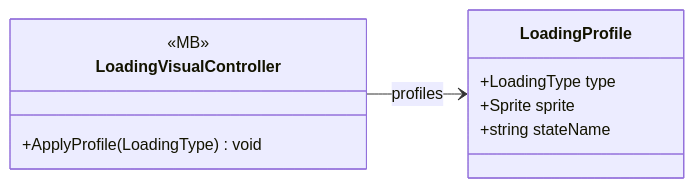
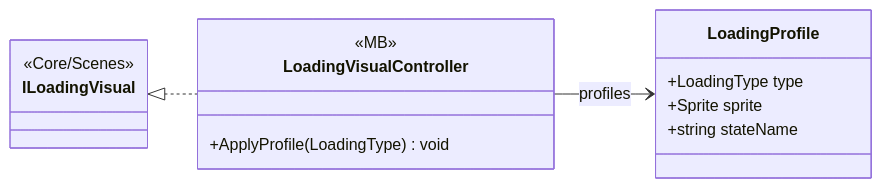
One commit to PhumipatWave/project-ocean changed the diagram in docs/uml/modules/UI_Loading_LoadingVisualController.md. Above: the diagram before and after it, drawn with Mermaid. The commit also changed other lines of this file and 531 other files, not shown here.

````diff
--- a/docs/uml/modules/UI_Loading_LoadingVisualController.md
+++ b/docs/uml/modules/UI_Loading_LoadingVisualController.md
@@ -7,14 +7,18 @@
 ```mermaid
 classDiagram
   direction LR
   class LoadingVisualController {
     <<MB>>
     +ApplyProfile(LoadingType) void
   }
   class LoadingProfile {
     +LoadingType type
     +Sprite sprite
     +string stateName
   }
+  class ILoadingVisual {
+    <<Core/Scenes>>
+  }
+  ILoadingVisual <|.. LoadingVisualController
   LoadingVisualController --> LoadingProfile : profiles
 ```
````
